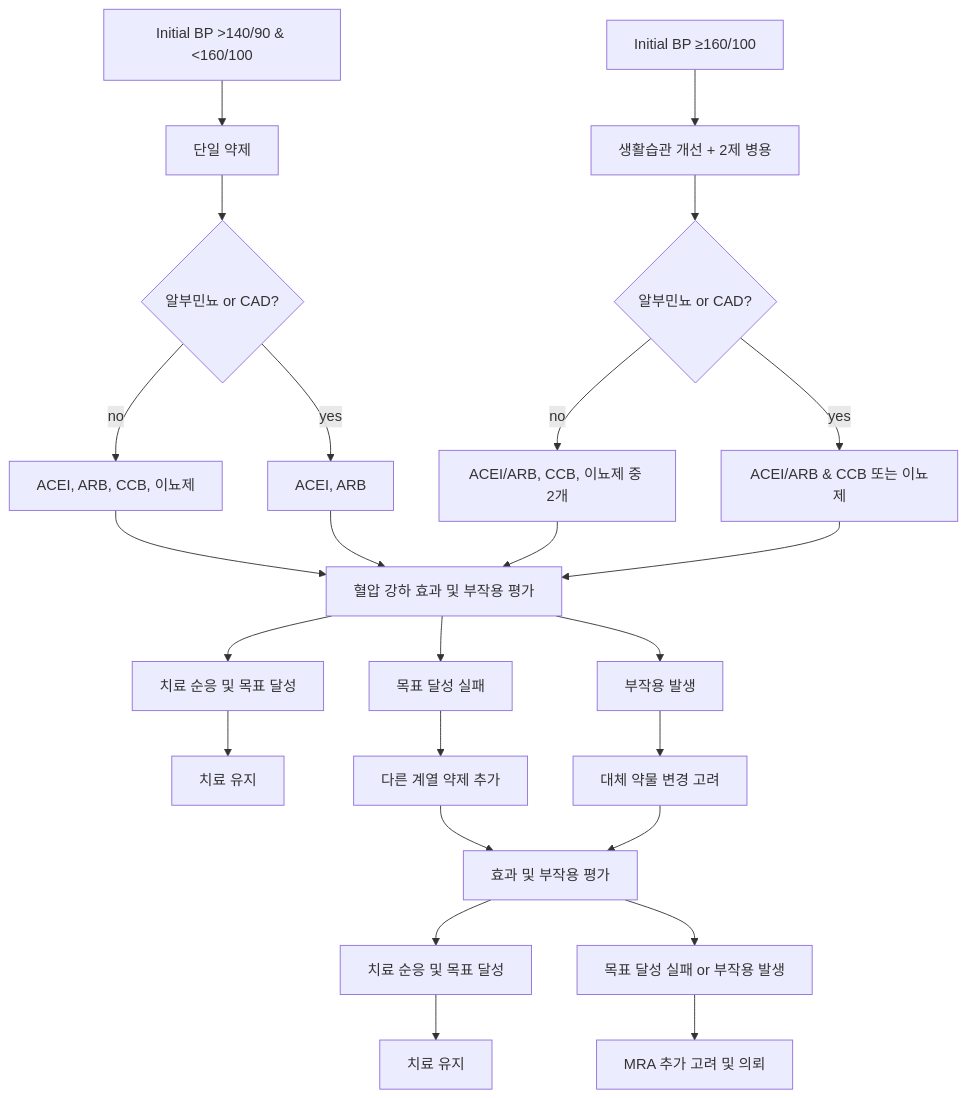
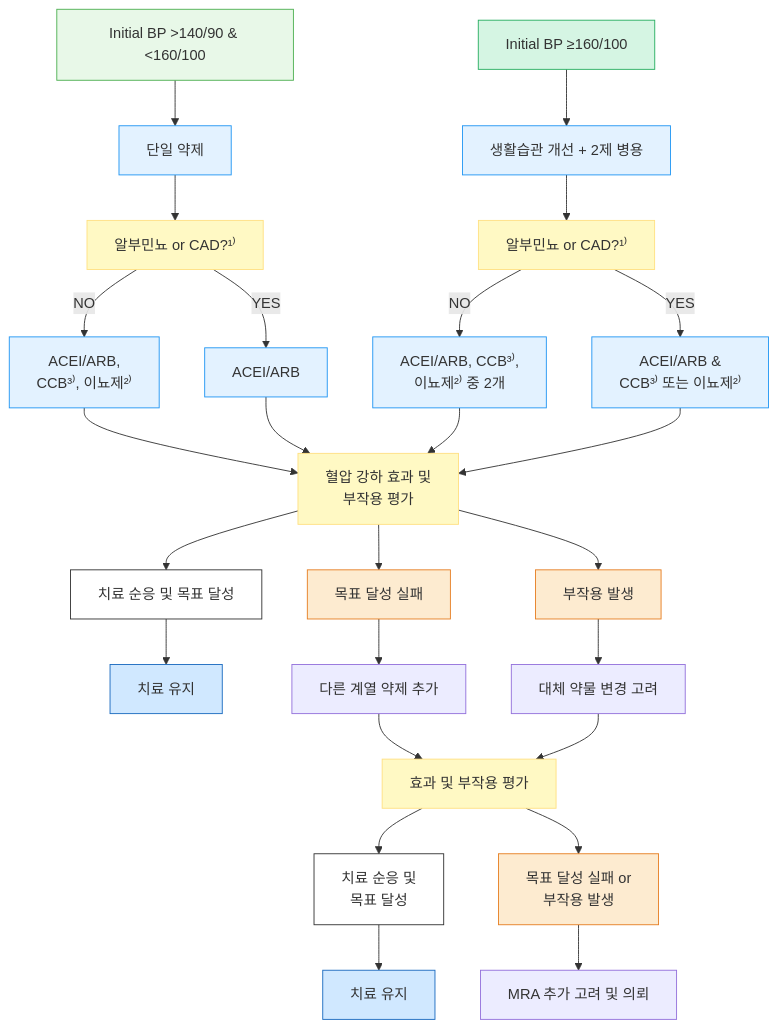
The fifth of 6 diagrams in 225_/095_-hypertension.md (familyoh77/familyoh77), drawn with Mermaid before and after one commit. The commit also changed other lines of this file, not shown here.

````diff
--- a/225_/095_-hypertension.md
+++ b/225_/095_-hypertension.md
@@ -1233,34 +1152,38 @@
 ```mermaid
 flowchart TD
     Start1["Initial BP >140/90 & <160/100"]
     Start2["Initial BP ≥160/100"]
+style Start1 fill:#e8f8e8,stroke:#4caf50
+style Start2 fill:#d5f5e3,stroke:#27ae60
 
     Start1 --> S1["단일 약제"]
-    Start2 --> S2["생활습관 개선 + 2제 병용"]
-    
-    S1 --> Check1{"알부민뇨 or CAD?"}
-    Check1 -- no --> Drugs1["ACEI, ARB, CCB, 이뇨제"]
-    Check1 -- yes --> Drugs2["ACEI, ARB"]
-    
-    S2 --> Check2{"알부민뇨 or CAD?"}
-    Check2 -- no --> Drugs3["ACEI/ARB, CCB, 이뇨제 중 2개"]
-    Check2 -- yes --> Drugs4["ACEI/ARB & CCB 또는 이뇨제"]
-
-    Drugs1 & Drugs2 & Drugs3 & Drugs4 --> Eval1["혈압 강하 효과 및 부작용 평가"]
-    
+    Start2 --> S2["생활습관 개선 + 2제 병용"]    
+    S1 --> Check1["알부민뇨 or CAD?¹⁾"]
+    Check1 -- NO --> Drugs1["ACEI/ARB, <br/>CCB³⁾, 이뇨제²⁾"]
+    Check1 -- YES --> Drugs2["ACEI/ARB"]
+    S2 --> Check2["알부민뇨 or CAD?¹⁾"]
+    Check2 -- NO --> Drugs3["ACEI/ARB, CCB³⁾, <br/>이뇨제²⁾ 중 2개"]
+    Check2 -- YES --> Drugs4["ACEI/ARB & <br/>CCB³⁾ 또는 이뇨제²⁾"]
+    Drugs1 & Drugs2 & Drugs3 & Drugs4 --> Eval1["혈압 강하 효과 및 <br/>부작용 평가"] 
     Eval1 --> Success["치료 순응 및 목표 달성"]
     Eval1 --> Fail["목표 달성 실패"]
     Eval1 --> SideEffect["부작용 발생"]
-    
     Success --> Maintain["치료 유지"]
     Fail --> AddDrug["다른 계열 약제 추가"]
     SideEffect --> ChangeDrug["대체 약물 변경 고려"]
-    
     AddDrug & ChangeDrug --> Eval2["효과 및 부작용 평가"]
-    
-    Eval2 --> Success2["치료 순응 및 목표 달성"]
-    Eval2 --> Fail2["목표 달성 실패 or 부작용 발생"]
-    
+    Eval2 --> Success2["치료 순응 및 <br/>목표 달성"]
+    Eval2 --> Fail2["목표 달성 실패 or <br/>부작용 발생"]
     Success2 --> Maintain2["치료 유지"]
     Fail2 --> Referral["MRA 추가 고려 및 의뢰"]
+classDef white fill:#fff,stroke:#333
+class Success2,Success white
+classDef orange fill:#fdebd0,stroke:#e67e22
+class Fail,Fail2,SideEffect orange
+classDef blue fill:#d0e8ff,stroke:#1a6abf
+class Maintain2,Maintain blue
+classDef yellow fill:#fff9c4,stroke:#ffe082
+class Check1,Check2,Eval2,Eval1 yellow
+classDef sky fill:#e3f2ff,stroke:#2196f3
+class S1,S2,Drugs1,Drugs2,Drugs3,Drugs4 sky
 ```
````
